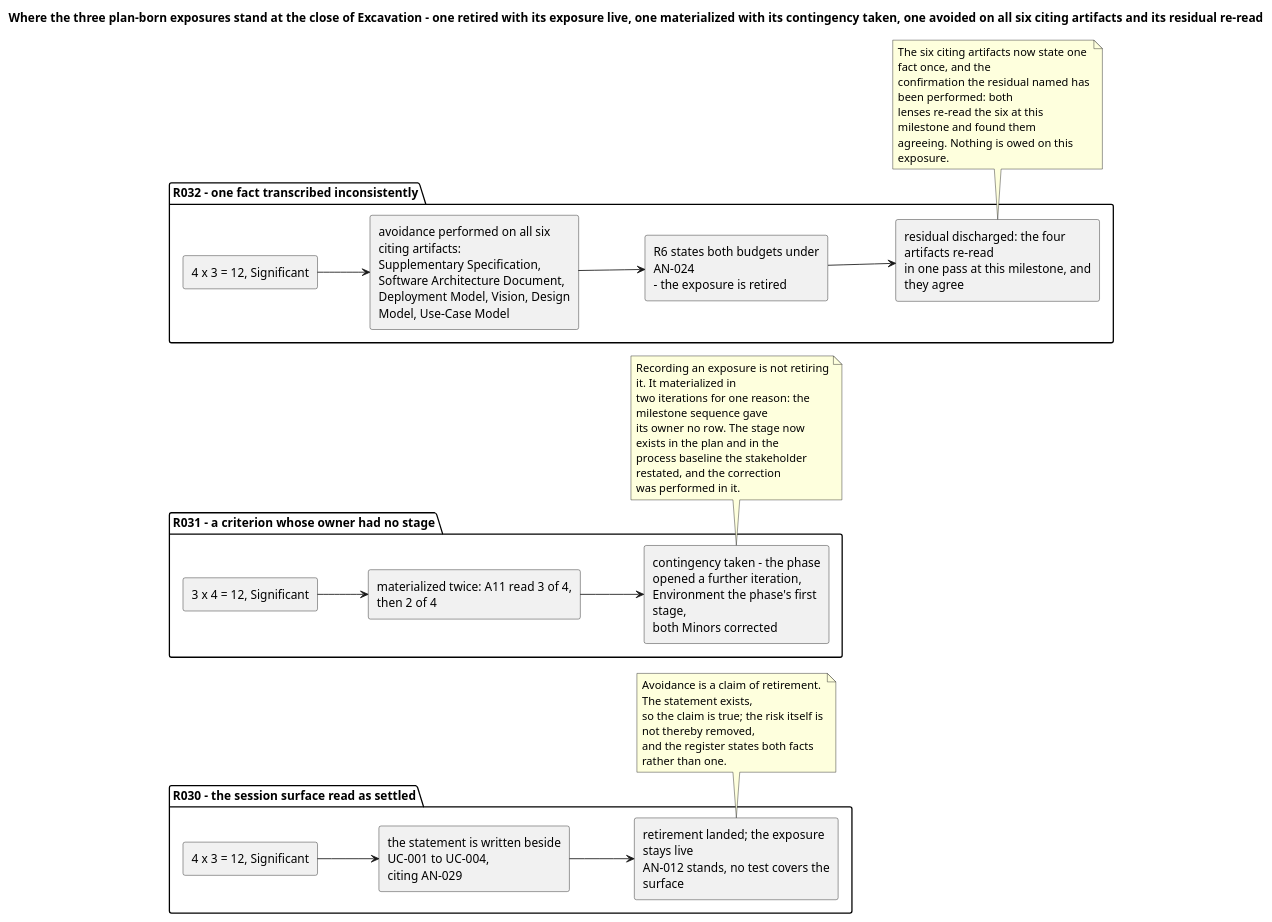
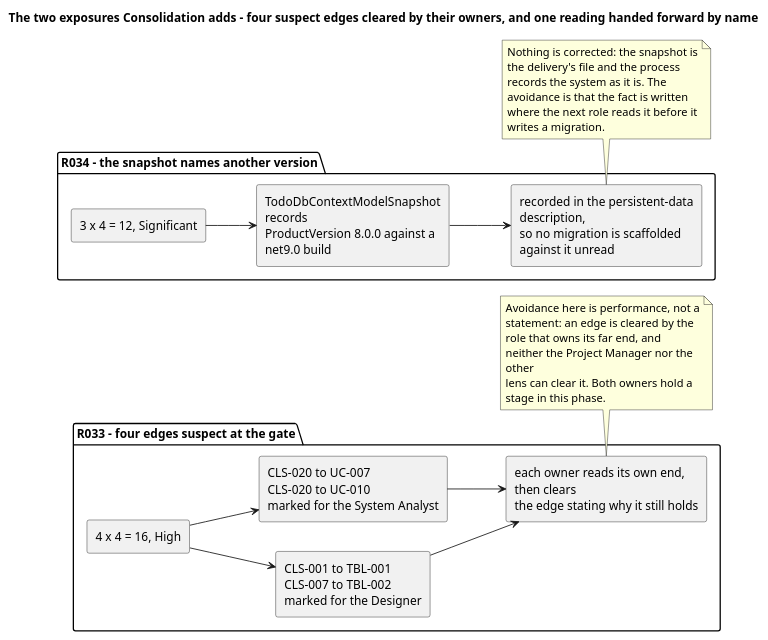
One commit to banense-test/TodoApp changed the third of 3 diagrams in docs/artifacts/project-management/risk-list.md. Above: the diagram before and after it, drawn with PlantUML. The commit also changed other lines of this file, not shown here.

Commit message:
Project Manager [Consolidation1]: upsert Risk List
[skip ci]

````diff
--- a/docs/artifacts/project-management/risk-list.md
+++ b/docs/artifacts/project-management/risk-list.md
@@ -290,53 +290,40 @@
 ```plantuml
 @startuml
-title Where the three plan-born exposures stand at the close of Excavation - one retired with its exposure live, one materialized with its contingency taken, one avoided on all six citing artifacts and its residual re-read
+title The two exposures Consolidation adds - four suspect edges cleared by their owners, and one reading handed forward by name
 skinparam shadowing false
 skinparam componentStyle rectangle
 skinparam wrapWidth 230
 left to right direction
 
-package "R030 - the session surface read as settled" {
-  component "4 x 3 = 12, Significant" as R30
-  component "the statement is written beside UC-001 to UC-004,\nciting AN-029" as R30A
-  component "retirement landed; the exposure stays live\nAN-012 stands, no test covers the surface" as R30B
+package "R033 - four edges suspect at the gate" {
+  component "4 x 4 = 16, High" as R33
+  component "CLS-001 to TBL-001\nCLS-007 to TBL-002\nmarked for the Designer" as R33A
+  component "CLS-020 to UC-007\nCLS-020 to UC-010\nmarked for the System Analyst" as R33B
+  component "each owner reads its own end, then clears\nthe edge stating why it still holds" as R33C
 }
-package "R031 - a criterion whose owner had no stage" {
-  component "3 x 4 = 12, Significant" as R31
-  component "materialized twice: A11 read 3 of 4, then 2 of 4" as R31A
-  component "contingency taken - the phase opened a further iteration,\nEnvironment the phase's first stage,\nboth Minors corrected" as R31B
-}
-package "R032 - one fact transcribed inconsistently" {
-  component "4 x 3 = 12, Significant" as R32
-  component "avoidance performed on all six citing artifacts:\nSupplementary Specification, Software Architecture Document,\nDeployment Model, Vision, Design Model, Use-Case Model" as R32A
-  component "R6 states both budgets under AN-024\n- the exposure is retired" as R32B
-  component "residual discharged: the four artifacts re-read\nin one pass at this milestone, and they agree" as R32C
+package "R034 - the snapshot names another version" {
+  component "3 x 4 = 12, Significant" as R34
+  component "TodoDbContextModelSnapshot records\nProductVersion 8.0.0 against a net9.0 build" as R34A
+  component "recorded in the persistent-data description,\nso no migration is scaffolded against it unread" as R34B
 }
 
-R30 --> R30A
-R30A --> R30B
-R31 --> R31A
-R31A --> R31B
-R32 --> R32A
-R32A --> R32B
-R32B --> R32C
+R33 --> R33A
+R33 --> R33B
+R33A --> R33C
+R33B --> R33C
+R34 --> R34A
+R34A --> R34B
 
-note bottom of R30B
-  Avoidance is a claim of retirement. The statement exists,
-  so the claim is true; the risk itself is not thereby removed,
-  and the register states both facts rather than one.
+note bottom of R33C
+  Avoidance here is performance, not a statement: an edge is cleared by the
+  role that owns its far end, and neither the Project Manager nor the other
+  lens can clear it. Both owners hold a stage in this phase.
 end note
-note bottom of R31B
-  Recording an exposure is not retiring it. It materialized in
-  two iterations for one reason: the milestone sequence gave
-  its owner no row. The stage now exists in the plan and in the
-  process baseline the stakeholder restated, and the correction
-  was performed in it.
+note bottom of R34B
+  Nothing is corrected: the snapshot is the delivery's file and the process
+  records the system as it is. The avoidance is that the fact is written
+  where the next role reads it before it writes a migration.
 end note
-note bottom of R32C
-  The six citing artifacts now state one fact once, and the
-  confirmation the residual named has been performed: both
-  lenses re-read the six at this milestone and found them
-  agreeing. Nothing is owed on this exposure.
-end note
+
 @enduml
 ```
````
